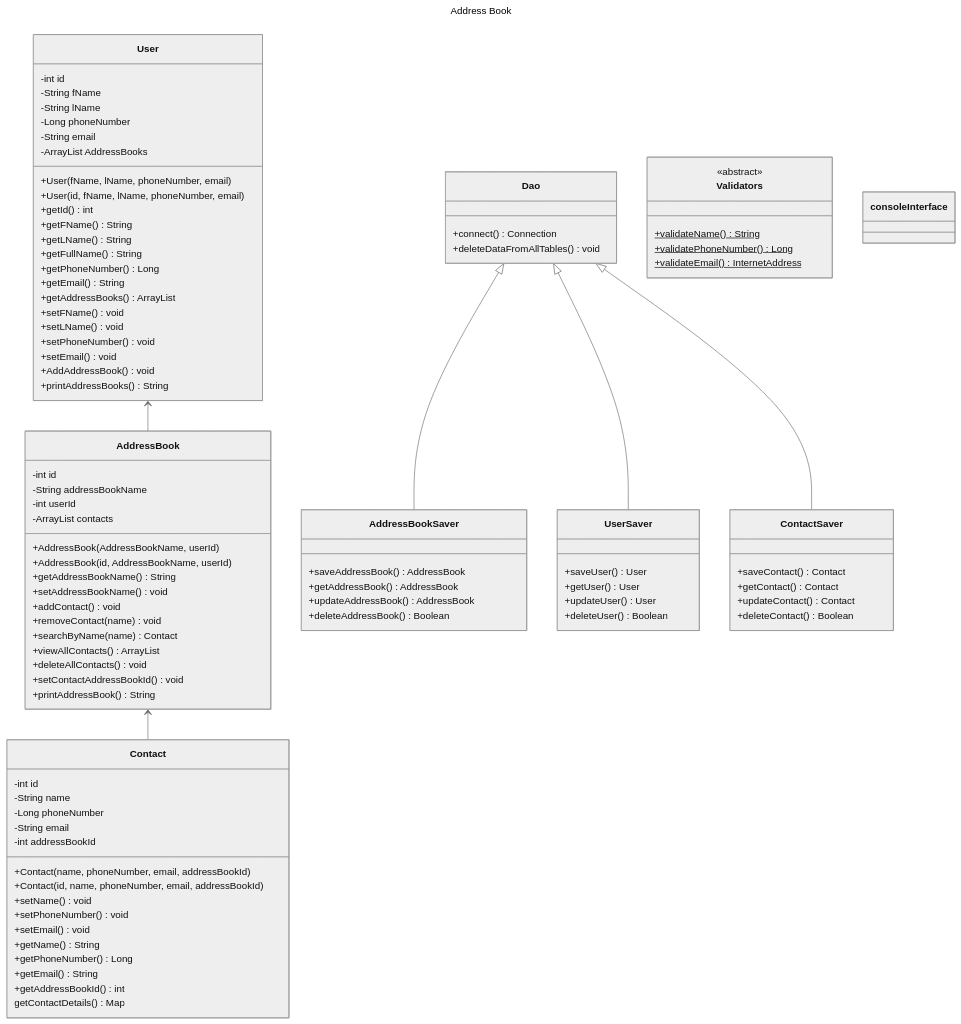
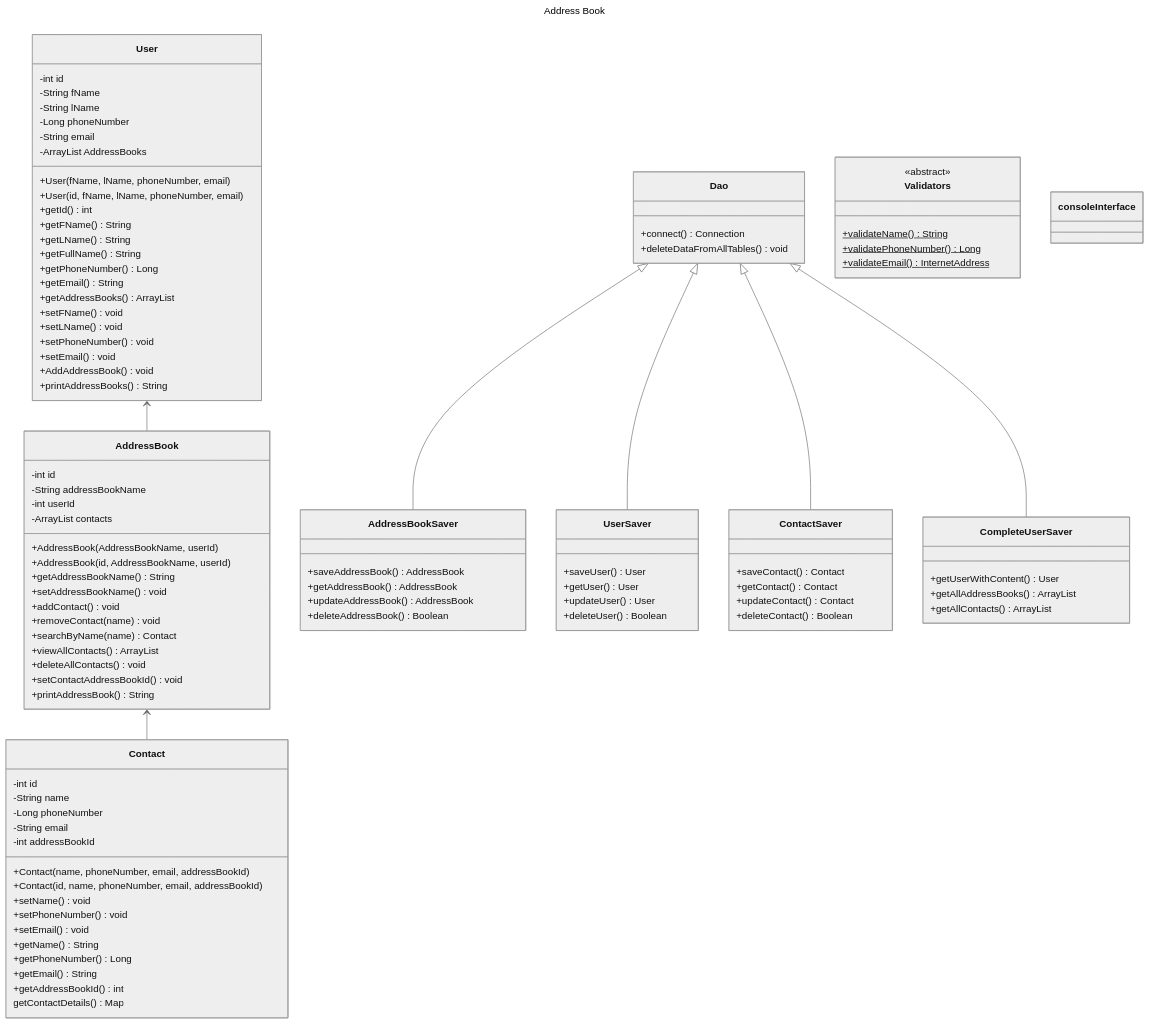
Before and after one commit to Max-Hutchings/DF-Address-Book--Java--Independent-Challenge: the diagram in docs/domain-models-test-plan.md, drawn with Mermaid (neutral theme). The commit also changed 12 other files, not shown here.

```diff
--- a/docs/domain-models-test-plan.md
+++ b/docs/domain-models-test-plan.md
@@ -16,6 +16,7 @@
     Dao <|-- AddressBookSaver
     Dao <|-- UserSaver
     Dao <|-- ContactSaver
+    Dao <|-- CompleteUserSaver
     
     class User{
         -int id
@@ -116,6 +117,12 @@
         +deleteContact() Boolean
     }
     
+    class CompleteUserSaver{
+        +getUserWithContent() User
+        +getAllAddressBooks() ArrayList<AddressBook>
+        +getAllContacts() ArrayList<Contact>
+    }
+    
     class consoleInterface{
         
     }
```
